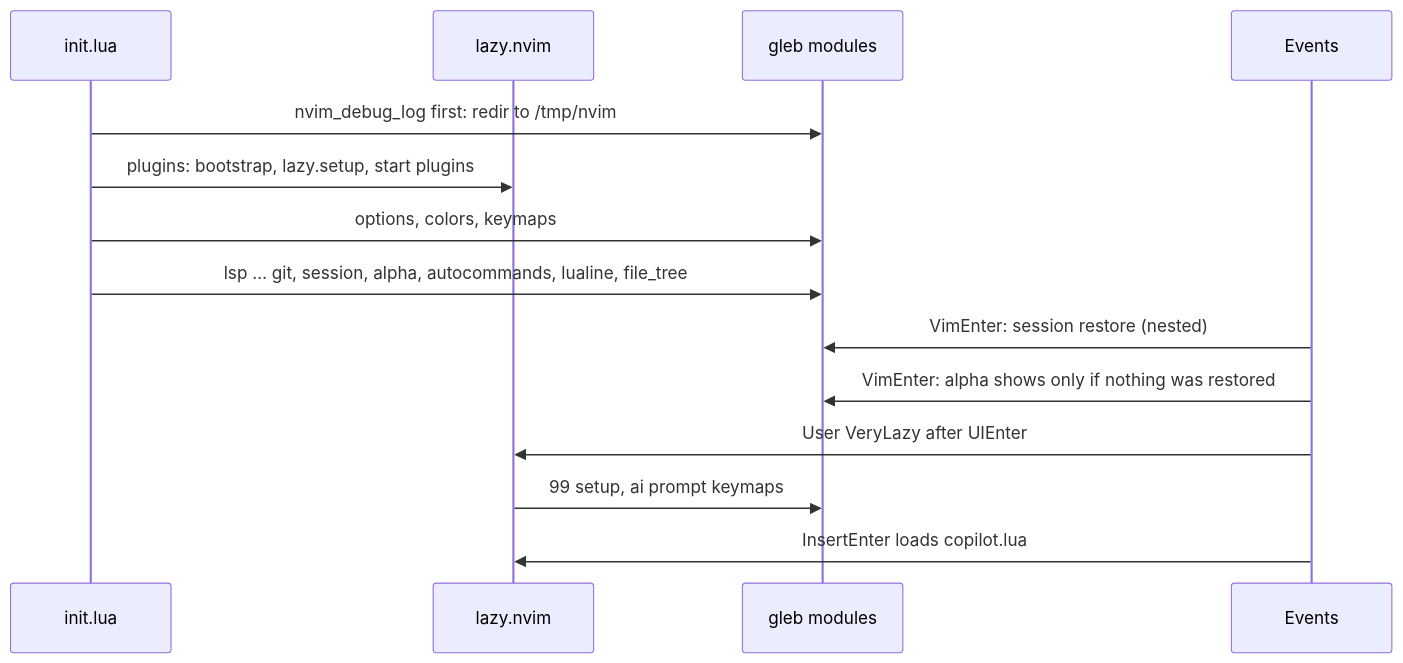
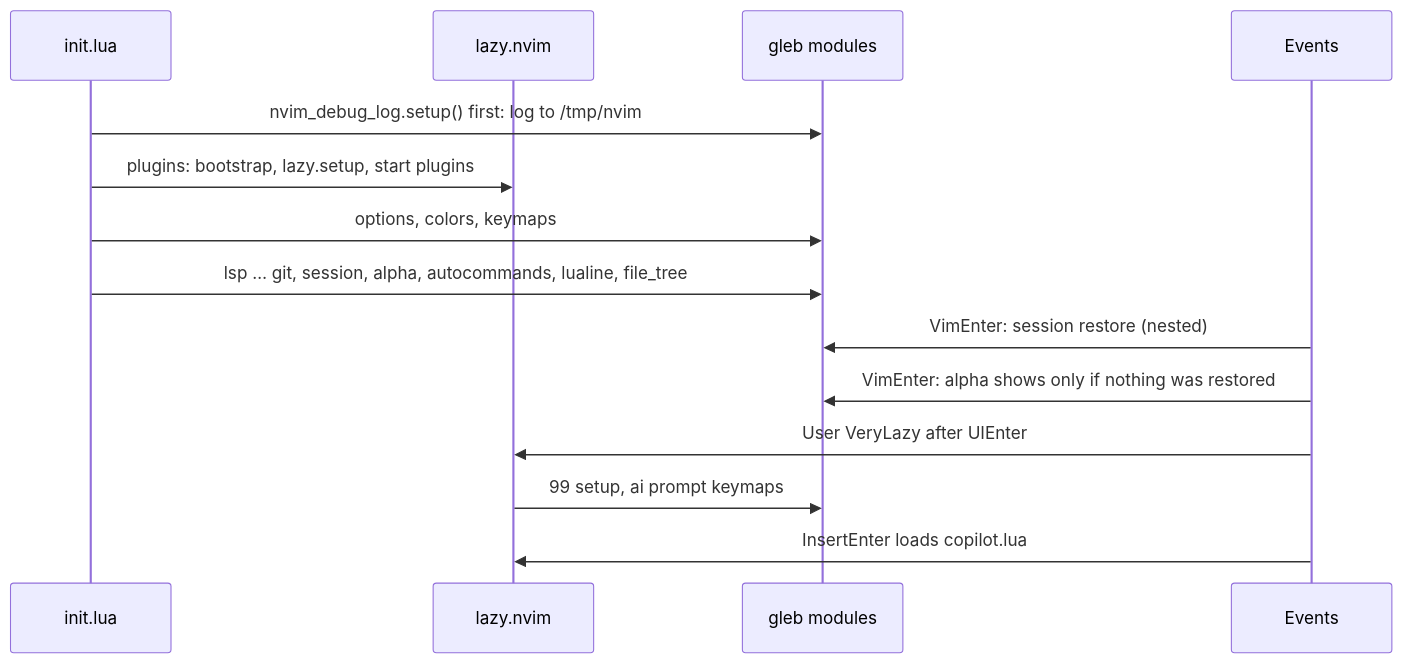
One commit to GlebBeloded/nvim.config changed the second of 4 diagrams in docs/architecture.md. Above: the diagram before and after it, drawn with Mermaid. The commit also changed 4 other files, not shown here.

Commit message:
fix(nvim-debug-log): log through 'verbosefile' so other :redir survive the flush

````diff
--- a/docs/architecture.md
+++ b/docs/architecture.md
@@ -70,17 +70,17 @@
 ```mermaid
 sequenceDiagram
     participant I as init.lua
     participant L as lazy.nvim
     participant M as gleb modules
     participant E as Events
 
-    I->>M: nvim_debug_log first: redir to /tmp/nvim
+    I->>M: nvim_debug_log.setup() first: log to /tmp/nvim
     I->>L: plugins: bootstrap, lazy.setup, start plugins
     I->>M: options, colors, keymaps
     I->>M: lsp … git, session, alpha, autocommands, lualine, file_tree
     E->>M: VimEnter: session restore (nested)
     E->>M: VimEnter: alpha shows only if nothing was restored
     E->>L: User VeryLazy after UIEnter
     L->>M: 99 setup, ai prompt keymaps
     E->>L: InsertEnter loads copilot.lua
 ```
````
